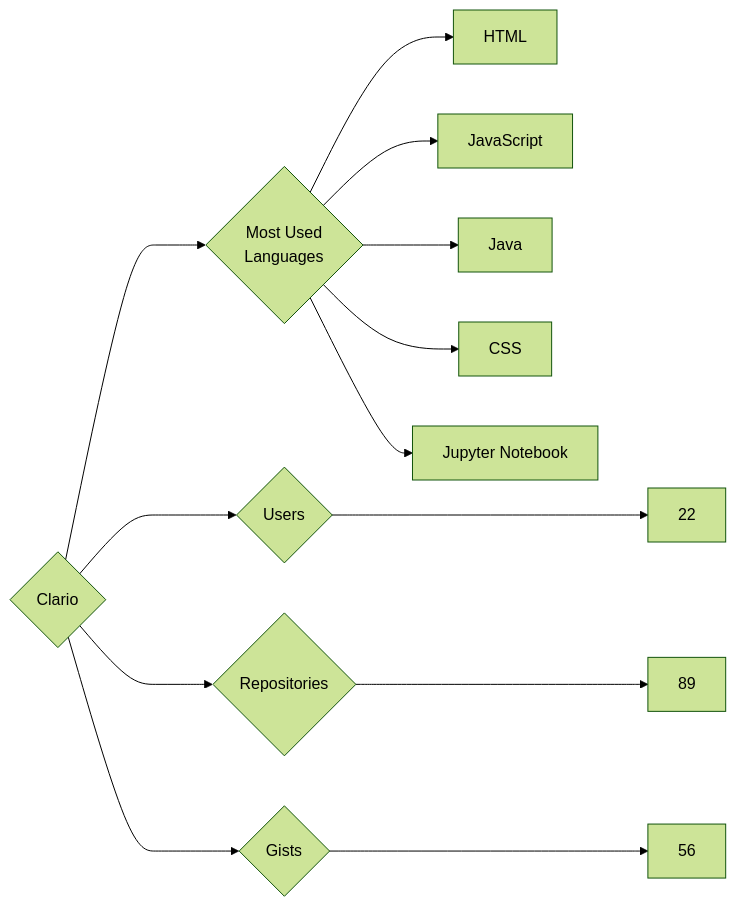
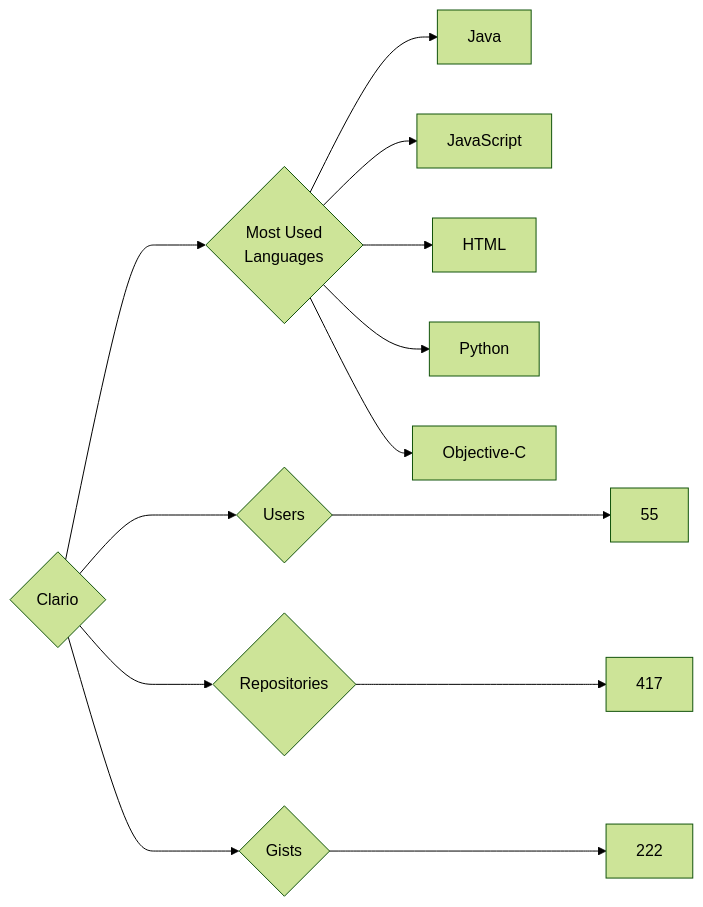
One commit to trickest/insiders changed the diagram in targets/Clario/README.md. Above: the diagram before and after it, drawn with Mermaid (forest theme). The commit also changed 629 other files, not shown here.

````diff
--- a/targets/Clario/README.md
+++ b/targets/Clario/README.md
@@ -3,13 +3,13 @@
 ```mermaid
 graph LR
 COMPANY_NAME{Clario}
-COMPANY_NAME ---> U{Users} ---> UN[22]
-COMPANY_NAME ---> R{Repositories} ---> RN[89]
-COMPANY_NAME ---> G{Gists} ---> GN[56]
+COMPANY_NAME ---> U{Users} ---> UN[55]
+COMPANY_NAME ---> R{Repositories} ---> RN[417]
+COMPANY_NAME ---> G{Gists} ---> GN[222]
 COMPANY_NAME ---> ML{Most Used<br>Languages}
+ML --> Java[Java]
+ML --> JavaScript[JavaScript]
 ML --> HTML[HTML]
-ML --> JavaScript[JavaScript]
-ML --> Java[Java]
-ML --> CSS[CSS]
-ML --> Jupyter_Notebook[Jupyter Notebook]
+ML --> Python[Python]
+ML --> Objective-C[Objective-C]
 ```
````
